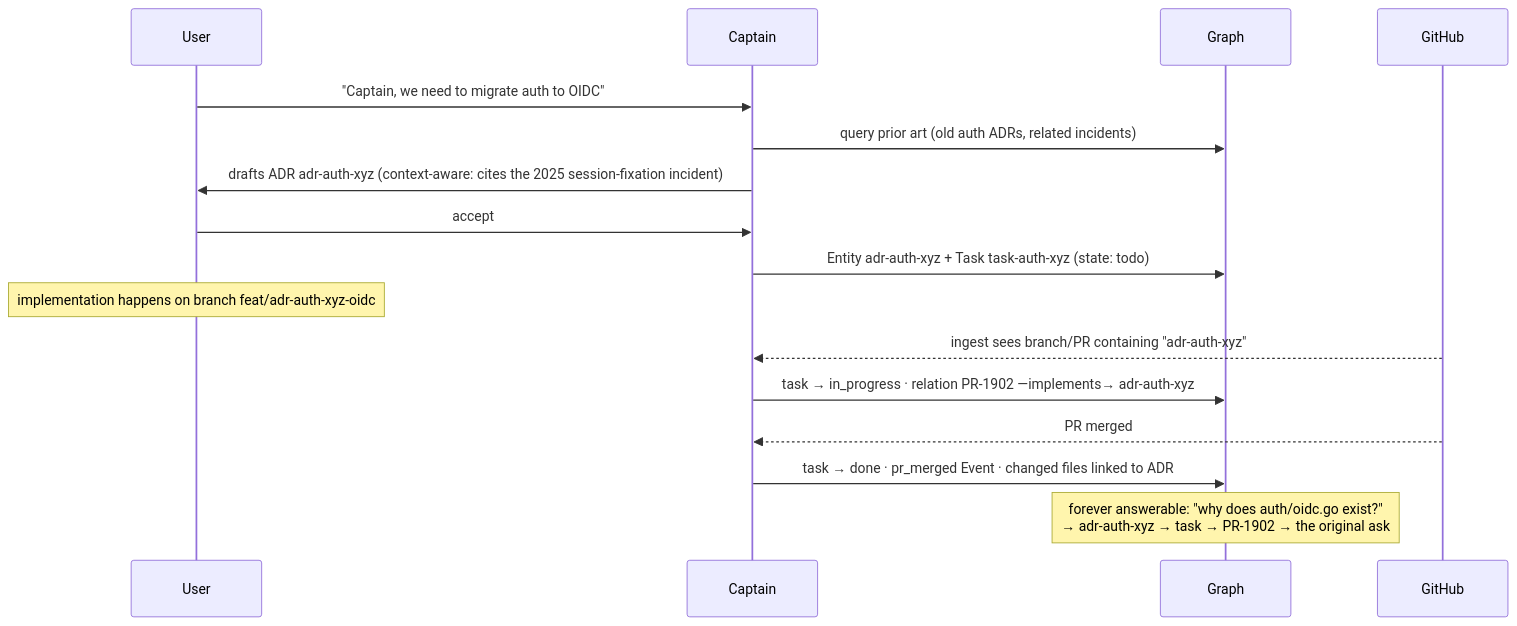
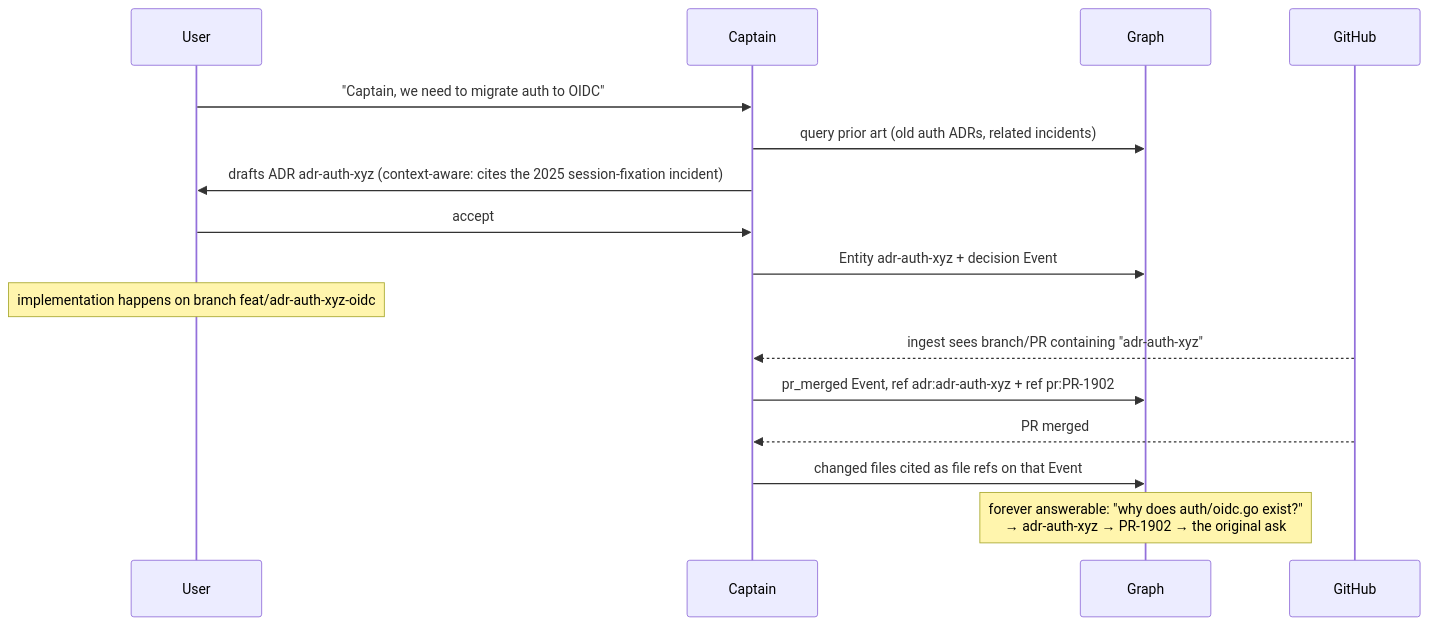
The fourth of 4 diagrams in DESIGN.md (ramarahmanda/tsubasa), drawn with Mermaid before and after one commit. The commit also changed other lines of this file and 255 other files, not shown here.

````diff
--- a/DESIGN.md
+++ b/DESIGN.md
@@ -378,19 +363,19 @@
 ```mermaid
 sequenceDiagram
     participant U as User
     participant CP as Captain
     participant G as Graph
     participant GH as GitHub
 
     U->>CP: "Captain, we need to migrate auth to OIDC"
     CP->>G: query prior art (old auth ADRs, related incidents)
     CP->>U: drafts ADR adr-auth-xyz (context-aware: cites the 2025 session-fixation incident)
     U->>CP: accept
-    CP->>G: Entity adr-auth-xyz + Task task-auth-xyz (state: todo)
+    CP->>G: Entity adr-auth-xyz + decision Event
     Note over U: implementation happens on branch feat/adr-auth-xyz-oidc
     GH-->>CP: ingest sees branch/PR containing "adr-auth-xyz"
-    CP->>G: task → in_progress · relation PR-1902 —implements→ adr-auth-xyz
+    CP->>G: pr_merged Event, ref adr:adr-auth-xyz + ref pr:PR-1902
     GH-->>CP: PR merged
-    CP->>G: task → done · pr_merged Event · changed files linked to ADR
-    Note over G: forever answerable: "why does auth/oidc.go exist?"<br/>→ adr-auth-xyz → task → PR-1902 → the original ask
+    CP->>G: changed files cited as file refs on that Event
+    Note over G: forever answerable: "why does auth/oidc.go exist?"<br/>→ adr-auth-xyz → PR-1902 → the original ask
 ```
````
